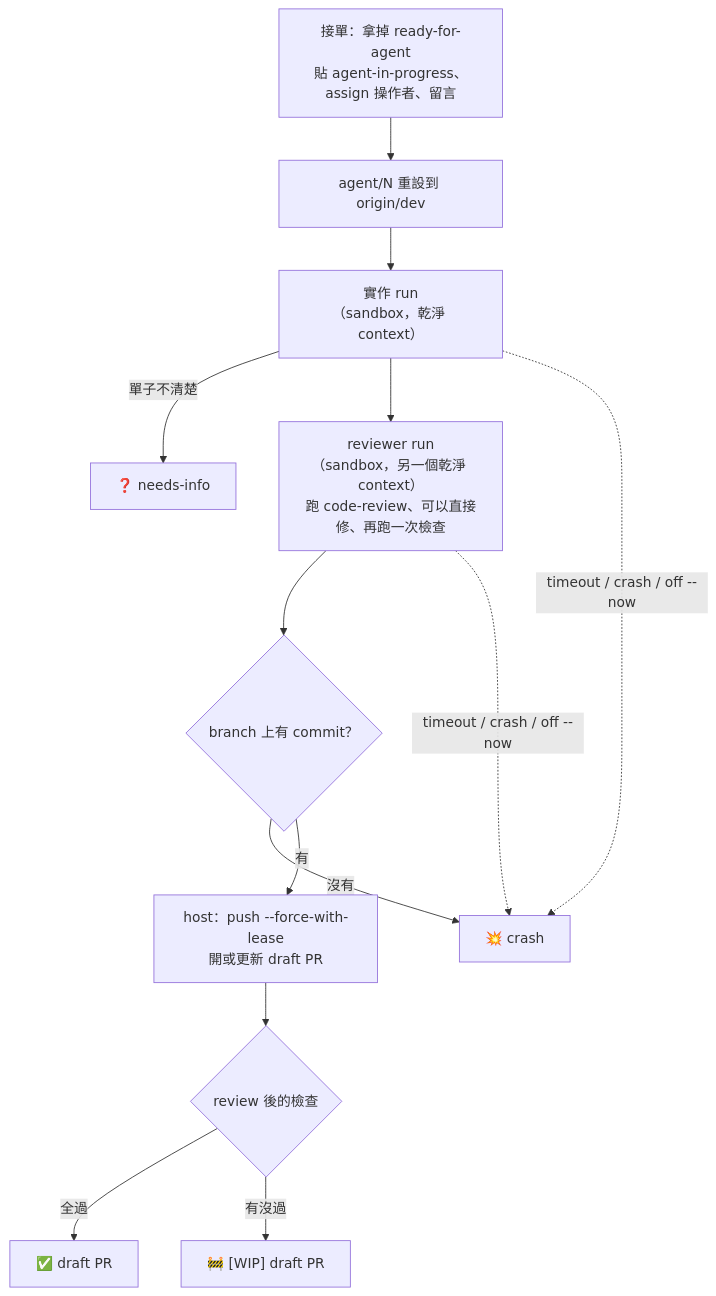
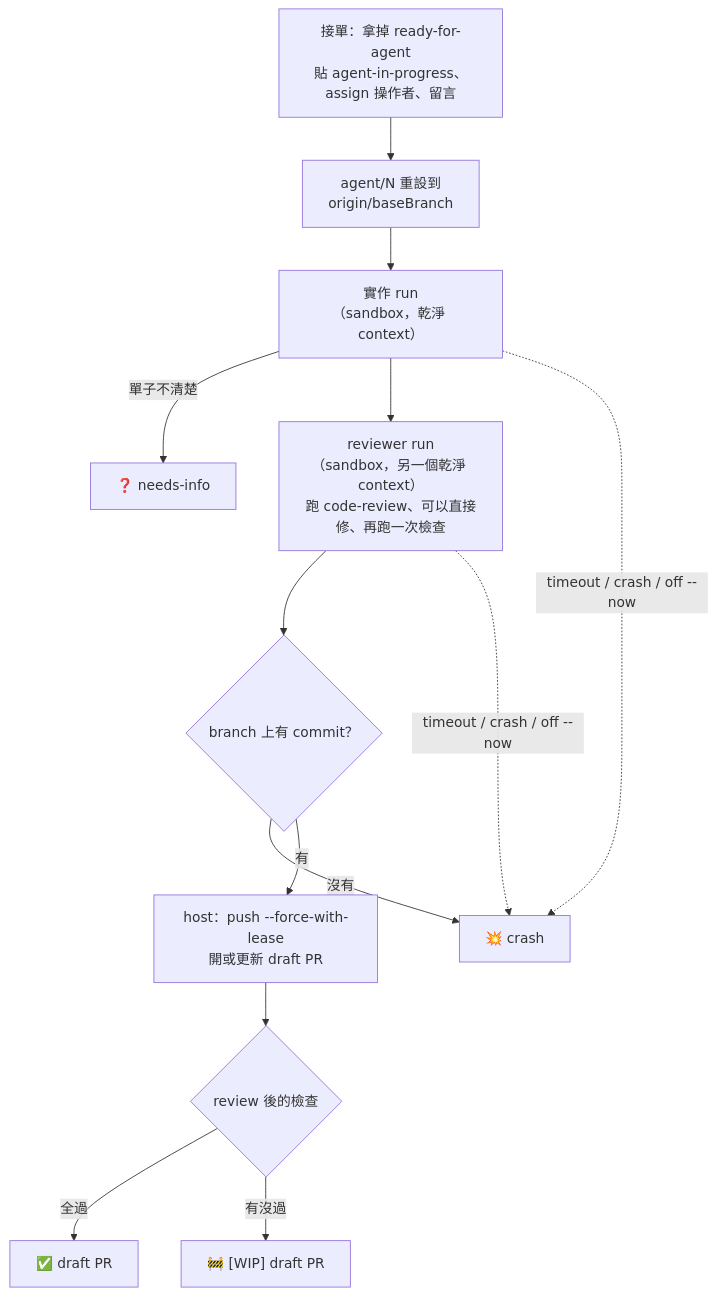
One commit to henry5720/agent-runner changed the third of 7 diagrams in README.md. Above: the diagram before and after it, drawn with Mermaid. The commit also changed other lines of this file, not shown here.

````diff
--- a/README.md
+++ b/README.md
@@ -60,15 +61,15 @@
 ```mermaid
 flowchart TD
-  P["接單：拿掉 ready-for-agent<br/>貼 agent-in-progress、assign 操作者、留言"] --> R["agent/N 重設到 origin/dev"]
+  P["接單：拿掉 ready-for-agent<br/>貼 agent-in-progress、assign 操作者、留言"] --> R["agent/N 重設到<br/>origin/baseBranch"]
   R --> IM["實作 run<br/>（sandbox，乾淨 context）"]
   IM -- "單子不清楚" --> NI["❓ needs-info"]
   IM --> RV["reviewer run<br/>（sandbox，另一個乾淨 context）<br/>跑 code-review、可以直接修、再跑一次檢查"]
   RV --> C{"branch 上有 commit？"}
   C -- "沒有" --> CR["💥 crash"]
   C -- "有" --> PU["host：push --force-with-lease<br/>開或更新 draft PR"]
   PU --> OK{"review 後的檢查"}
   OK -- "全過" --> PASS["✅ draft PR"]
   OK -- "有沒過" --> WIP["🚧 [WIP] draft PR"]
   IM -. "timeout / crash / off --now" .-> CR
   RV -. "timeout / crash / off --now" .-> CR
 ```
````
